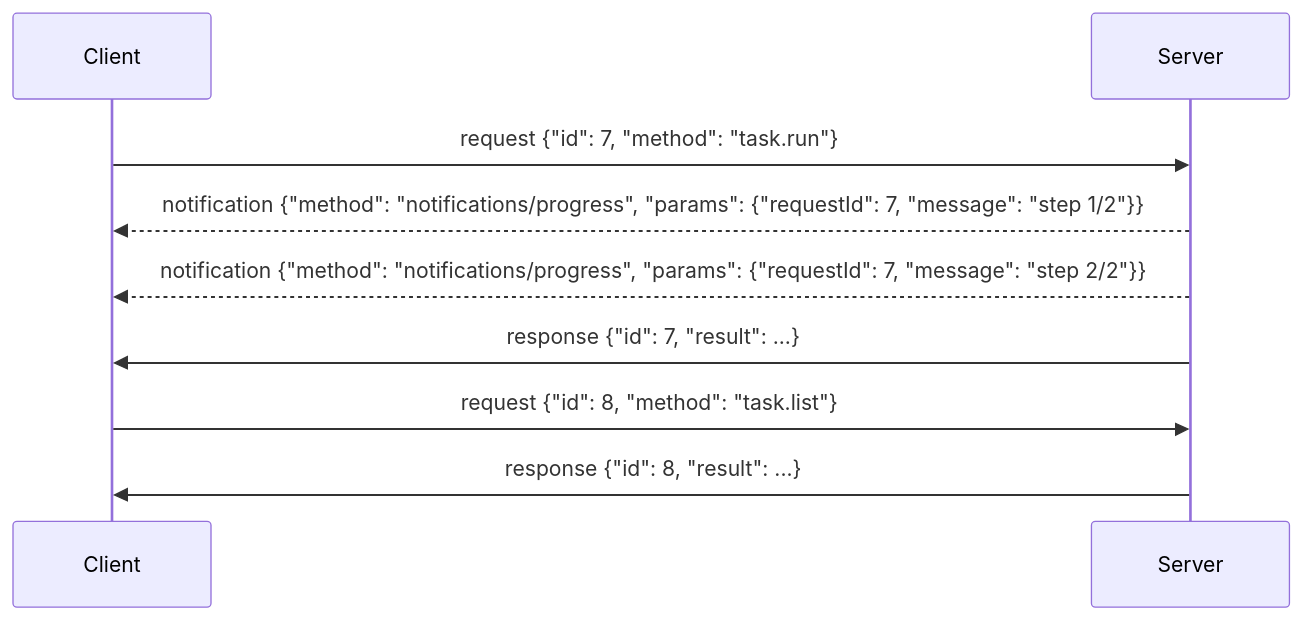
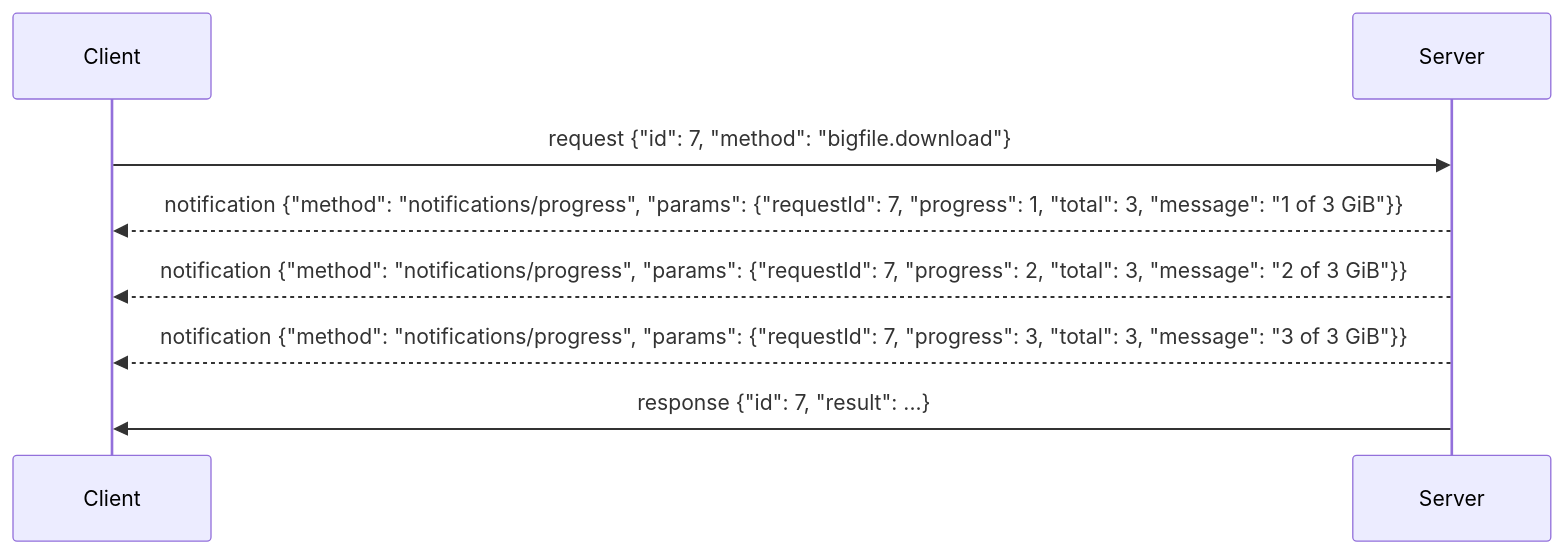
Before and after one commit to brekkylab/virtx: the third of 3 diagrams in virtx-core/PROTOCOL.md, drawn with Mermaid. The commit also changed other lines of this file and 10 other files, not shown here.

````diff
--- a/virtx-core/PROTOCOL.md
+++ b/virtx-core/PROTOCOL.md
@@ -43,11 +83,10 @@
 ```mermaid
 sequenceDiagram
     participant C as Client
     participant S as Server
-    C->>S: request {"id": 7, "method": "task.run"}
-    S-->>C: notification {"method": "notifications/progress", "params": {"requestId": 7, "message": "step 1/2"}}
-    S-->>C: notification {"method": "notifications/progress", "params": {"requestId": 7, "message": "step 2/2"}}
+    C->>S: request {"id": 7, "method": "bigfile.download"}
+    S-->>C: notification {"method": "notifications/progress", "params": {"requestId": 7, "progress": 1, "total": 3, "message": "1 of 3 GiB"}}
+    S-->>C: notification {"method": "notifications/progress", "params": {"requestId": 7, "progress": 2, "total": 3, "message": "2 of 3 GiB"}}
+    S-->>C: notification {"method": "notifications/progress", "params": {"requestId": 7, "progress": 3, "total": 3, "message": "3 of 3 GiB"}}
     S->>C: response {"id": 7, "result": ...}
-    C->>S: request {"id": 8, "method": "task.list"}
-    S->>C: response {"id": 8, "result": ...}
 ```
````
